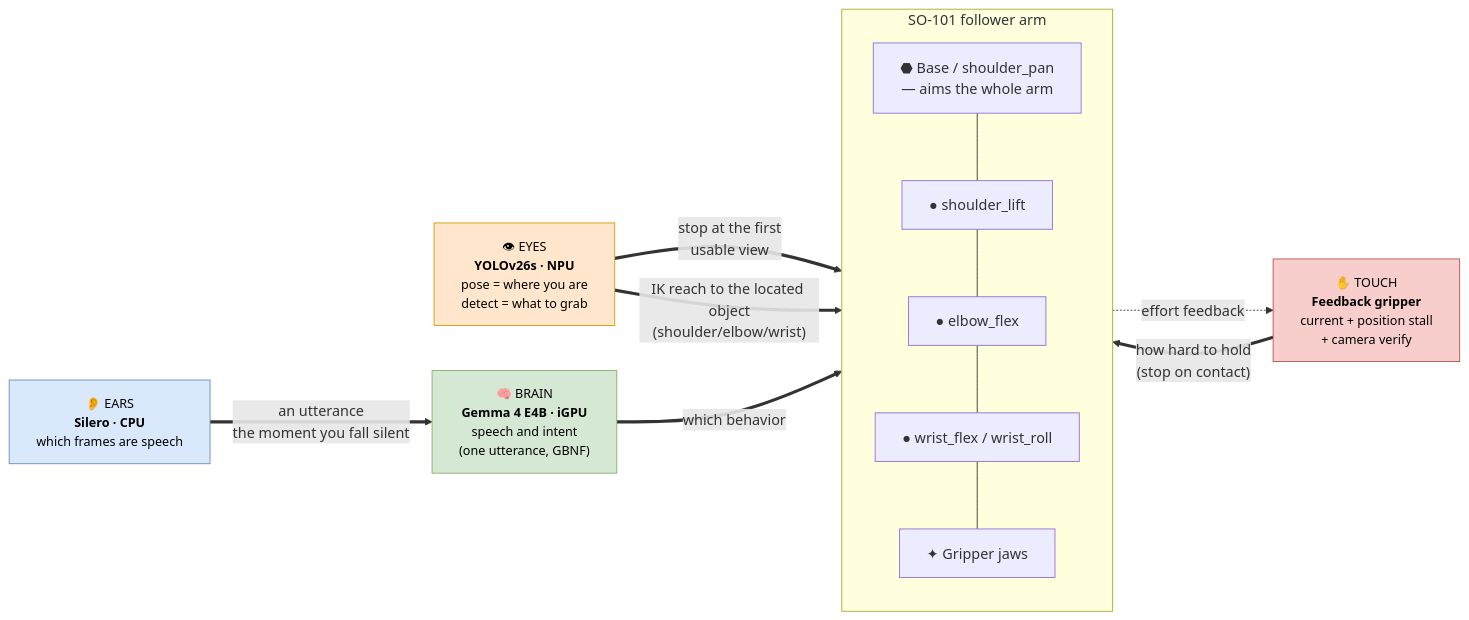
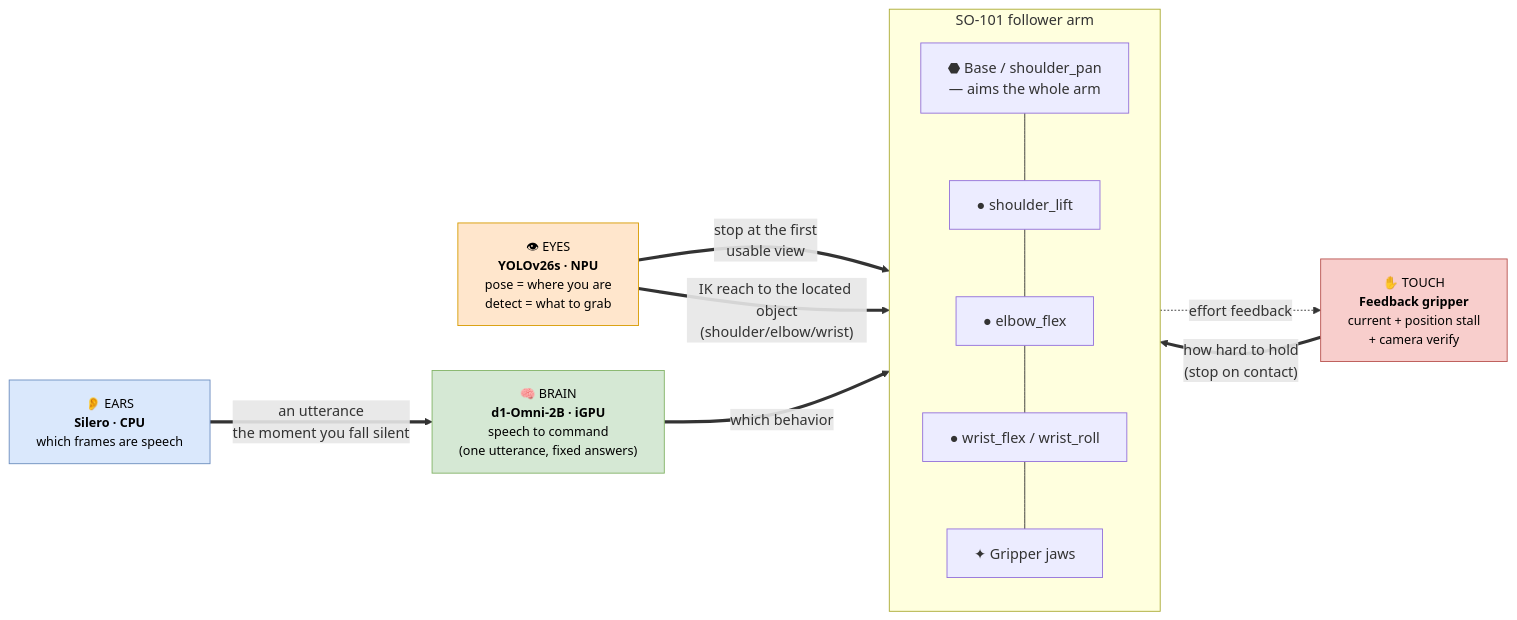
One commit to ThomasGmeinder/embedded-x86-ai changed the second of 3 diagrams in workshops/vvla-pipeline/README.md. Above: the diagram before and after it, drawn with Mermaid. The commit also changed other lines of this file and 19 other files, not shown here.

````diff
--- a/workshops/vvla-pipeline/README.md
+++ b/workshops/vvla-pipeline/README.md
@@ -91,29 +95,29 @@
 ```mermaid
 flowchart LR
     subgraph BODY["SO-101 follower arm"]
         direction TB
         BASE["⬣ Base / shoulder_pan<br/>— aims the whole arm"]
         SHOULDER["● shoulder_lift"]
         ELBOW["● elbow_flex"]
         WRIST["● wrist_flex / wrist_roll"]
         JAW["✦ Gripper jaws"]
         BASE --- SHOULDER --- ELBOW --- WRIST --- JAW
     end
 
     EARS["👂 EARS<br/><b>Silero · CPU</b><br/>which frames are speech"]:::ear
-    BRAIN["🧠 BRAIN<br/><b>Gemma 4 E4B · iGPU</b><br/>speech and intent<br/>(one utterance, GBNF)"]:::brain
+    BRAIN["🧠 BRAIN<br/><b>d1-Omni-2B · iGPU</b><br/>speech to command<br/>(one utterance, fixed answers)"]:::brain
     EYES["👁 EYES<br/><b>YOLOv26s · NPU</b><br/>pose = where you are<br/>detect = what to grab"]:::eye
     TOUCH["✋ TOUCH<br/><b>Feedback gripper</b><br/>current + position stall<br/>+ camera verify"]:::touch
 
     EARS ==>|"an utterance<br/>the moment you fall silent"| BRAIN
     BRAIN ==>|"which behavior"| BODY
     EYES ==>|"stop at the first<br/>usable view"| BASE
     EYES ==>|"IK reach to the located object<br/>(shoulder/elbow/wrist)"| ELBOW
     TOUCH ==>|"how hard to hold<br/>(stop on contact)"| JAW
     JAW -.->|"effort feedback"| TOUCH
 
     classDef ear fill:#dae8fc,stroke:#6c8ebf,color:#000,font-size:14px;
     classDef brain fill:#d5e8d4,stroke:#82b366,color:#000,font-size:14px;
     classDef eye fill:#ffe6cc,stroke:#d79b00,color:#000,font-size:14px;
     classDef touch fill:#f8cecc,stroke:#b85450,color:#000,font-size:14px;
 ```
````
